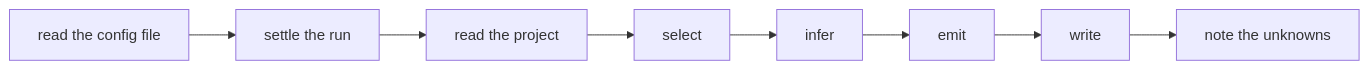
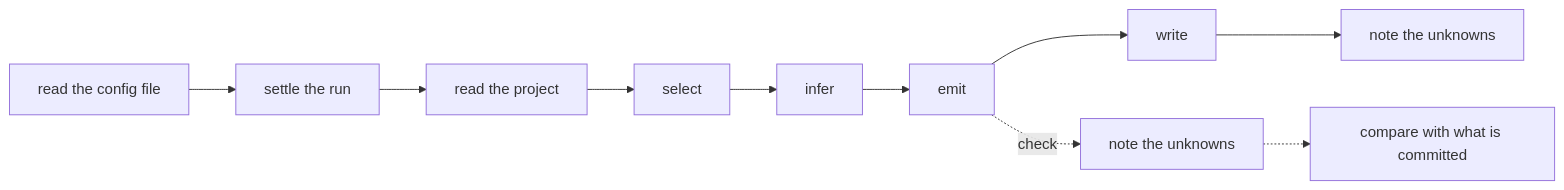
Before and after one commit to haruspex-tools/haruspex: the diagram in docs/internals/12-from-input-to-output.md, drawn with Mermaid. The commit also changed other lines of this file and 43 other files, not shown here.

````diff
--- a/docs/internals/12-from-input-to-output.md
+++ b/docs/internals/12-from-input-to-output.md
@@ -14,10 +16,12 @@
 ```mermaid
 flowchart LR
     config["read the config file"] --> settle["settle the run"]
     settle --> project["read the project"]
     project --> select["select"]
     select --> infer["infer"]
     infer --> emit["emit"]
     emit --> write["write"]
     write --> noted["note the unknowns"]
+    emit -. "check" .-> checkNoted["note the unknowns"]
+    checkNoted -.-> compare["compare with what is committed"]
 ```
````
